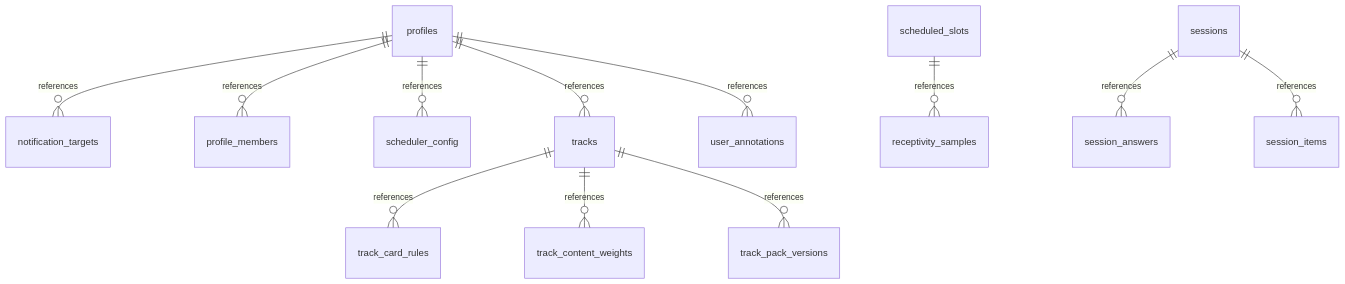
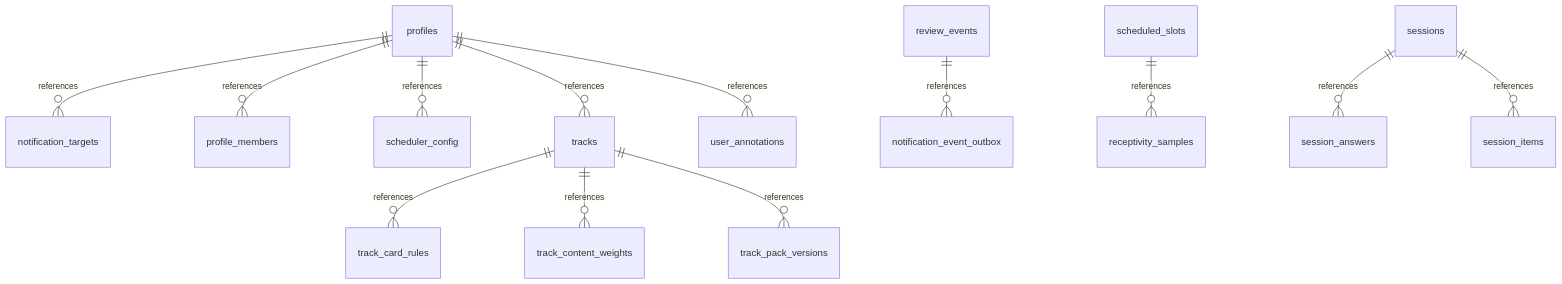
One commit to rfrachot/LockLearn changed the diagram in docs/generated/STATE_DB.md. Above: the diagram before and after it, drawn with Mermaid. The commit also changed other lines of this file, not shown here.

Commit message:
docs(F04): regenerate state.db schema contract for durable event outbox

````diff
--- a/docs/generated/STATE_DB.md
+++ b/docs/generated/STATE_DB.md
@@ -8,14 +8,15 @@
 ```mermaid
 erDiagram
     profiles ||--o{ notification_targets : references
     profiles ||--o{ profile_members : references
     profiles ||--o{ scheduler_config : references
     profiles ||--o{ tracks : references
     profiles ||--o{ user_annotations : references
+    review_events ||--o{ notification_event_outbox : references
     scheduled_slots ||--o{ receptivity_samples : references
     sessions ||--o{ session_answers : references
     sessions ||--o{ session_items : references
     tracks ||--o{ track_card_rules : references
     tracks ||--o{ track_content_weights : references
     tracks ||--o{ track_pack_versions : references
 ```
````
